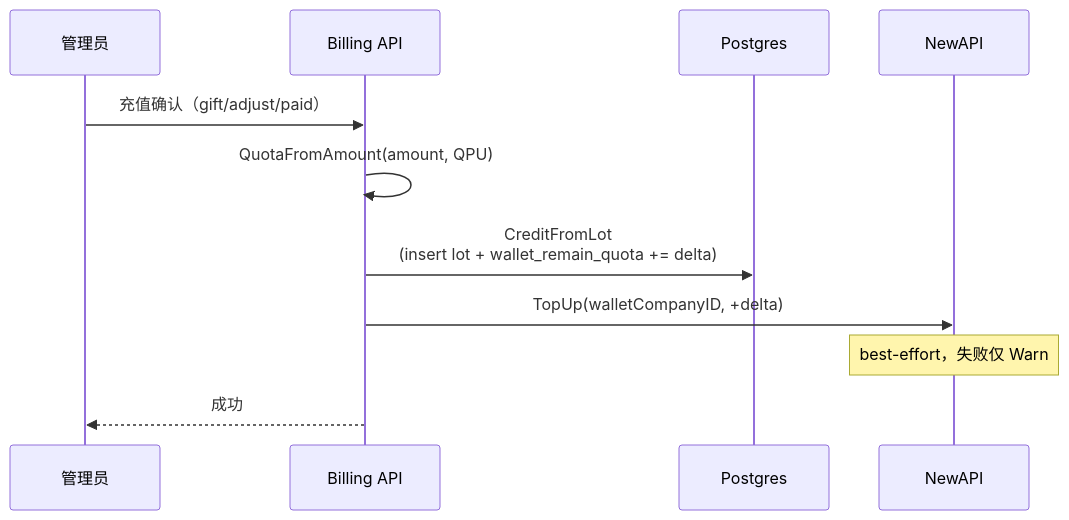
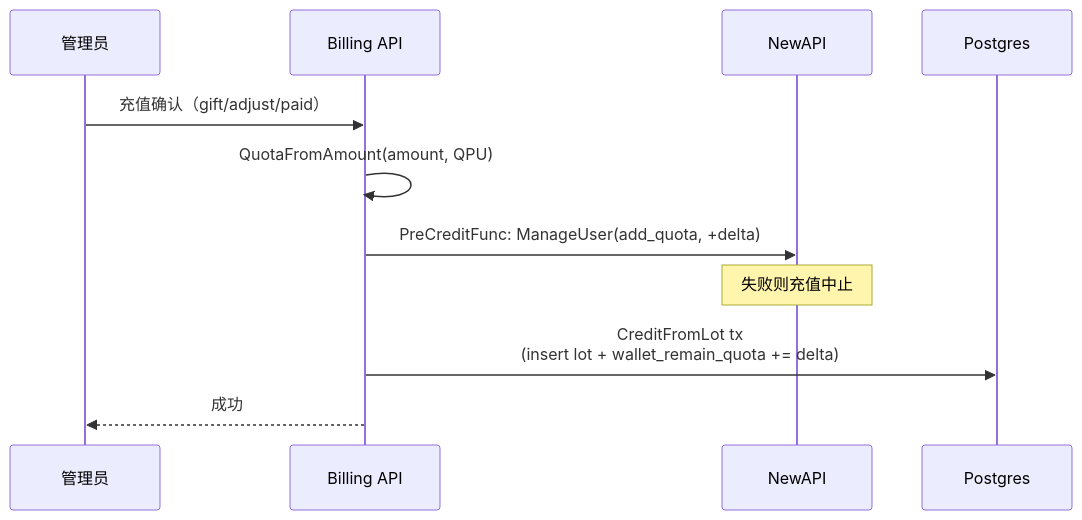
One commit to quyip8818/mytokenjoy changed the second of 10 diagrams in docs/reviews/budget-quota-billing-architecture.md. Above: the diagram before and after it, drawn with Mermaid. The commit also changed other lines of this file and 7 other files, not shown here.

````diff
--- a/docs/reviews/budget-quota-billing-architecture.md
+++ b/docs/reviews/budget-quota-billing-architecture.md
@@ -152,14 +152,14 @@
 ```mermaid
 sequenceDiagram
   participant Admin as 管理员
   participant API as Billing API
+  participant NA as NewAPI
   participant PG as Postgres
-  participant NA as NewAPI
 
   Admin->>API: 充值确认（gift/adjust/paid）
   API->>API: QuotaFromAmount(amount, QPU)
-  API->>PG: CreditFromLot<br/>(insert lot + wallet_remain_quota += delta)
-  API->>NA: TopUp(walletCompanyID, +delta)
-  Note over NA: best-effort，失败仅 Warn
+  API->>NA: PreCreditFunc: ManageUser(add_quota, +delta)
+  Note over NA: 失败则充值中止
+  API->>PG: CreditFromLot tx<br/>(insert lot + wallet_remain_quota += delta)
   API-->>Admin: 成功
 ```
````
